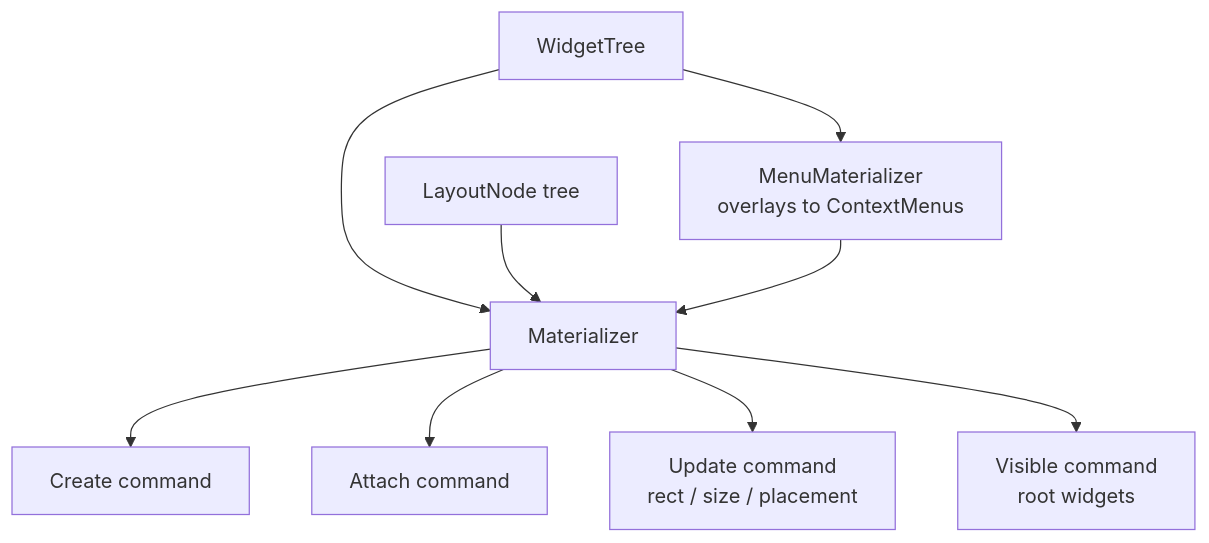
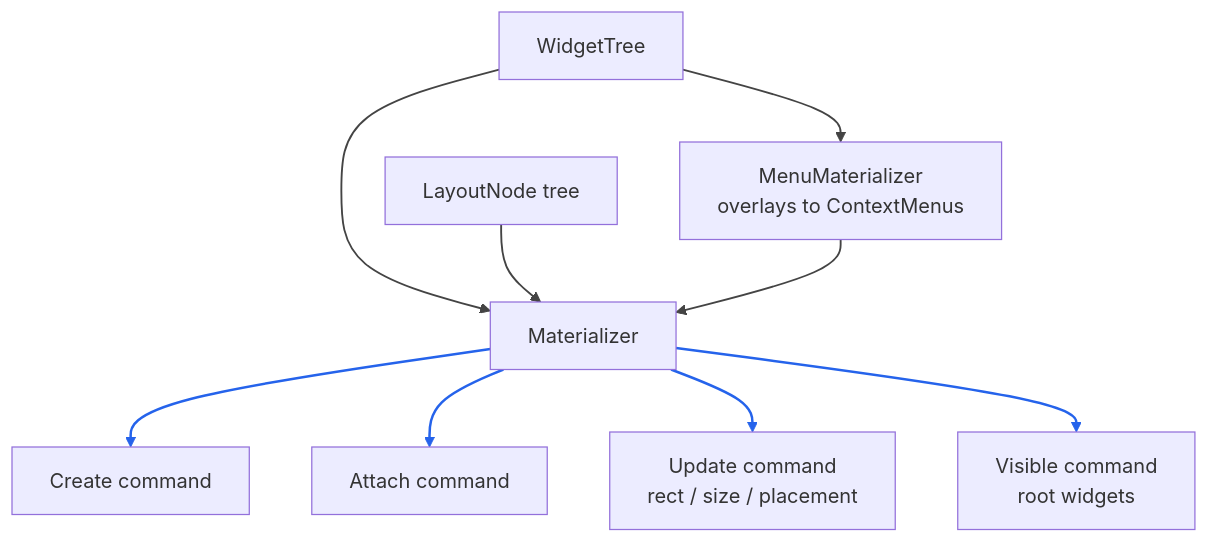
Before and after one commit to ZebNoid/Blade: the third of 4 diagrams in Docs/Architecture.md, drawn with Mermaid. The commit also changed other lines of this file and 1 other file, not shown here.

````diff
--- a/Docs/Architecture.md
+++ b/Docs/Architecture.md
@@ -45,20 +74,29 @@
 ```mermaid
 flowchart TD
     WidgetTree["WidgetTree"]
     LayoutTree["LayoutNode tree"]
     MenuMaterializer["MenuMaterializer\noverlays to ContextMenus"]
     Materializer["Materializer"]
     Create["Create command"]
     Attach["Attach command"]
     Update["Update command\nrect / size / placement"]
     Visible["Visible command\nroot widgets"]
 
     WidgetTree --> Materializer
     LayoutTree --> Materializer
     WidgetTree --> MenuMaterializer
     MenuMaterializer --> Materializer
     Materializer --> Create
     Materializer --> Attach
     Materializer --> Update
     Materializer --> Visible
+
+    linkStyle 0 stroke:#444,stroke-width:1.5px
+    linkStyle 1 stroke:#444,stroke-width:1.5px
+    linkStyle 2 stroke:#444,stroke-width:1.5px
+    linkStyle 3 stroke:#444,stroke-width:1.5px
+    linkStyle 4 stroke:#2563eb,stroke-width:2px
+    linkStyle 5 stroke:#2563eb,stroke-width:2px
+    linkStyle 6 stroke:#2563eb,stroke-width:2px
+    linkStyle 7 stroke:#2563eb,stroke-width:2px
 ```
````
